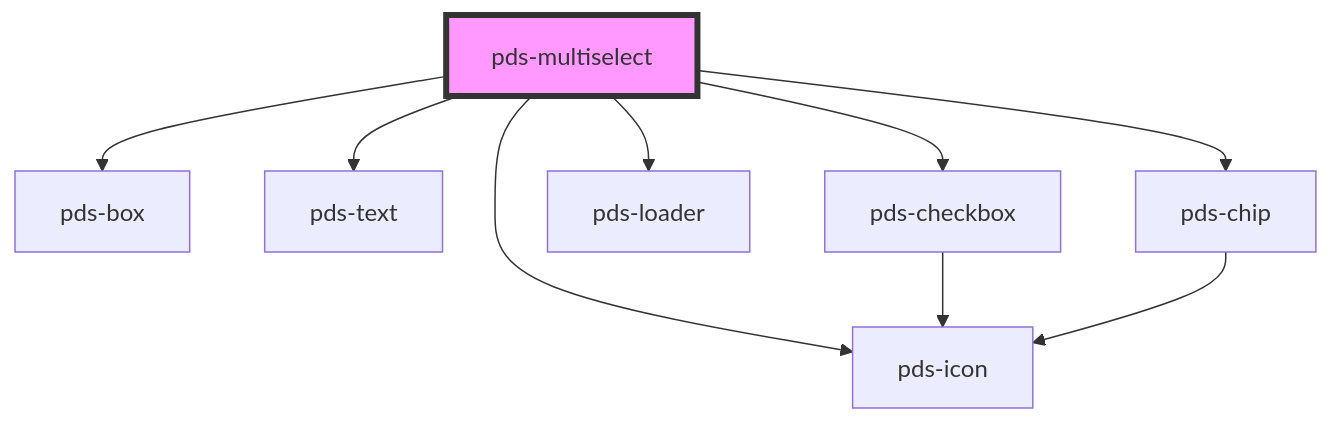
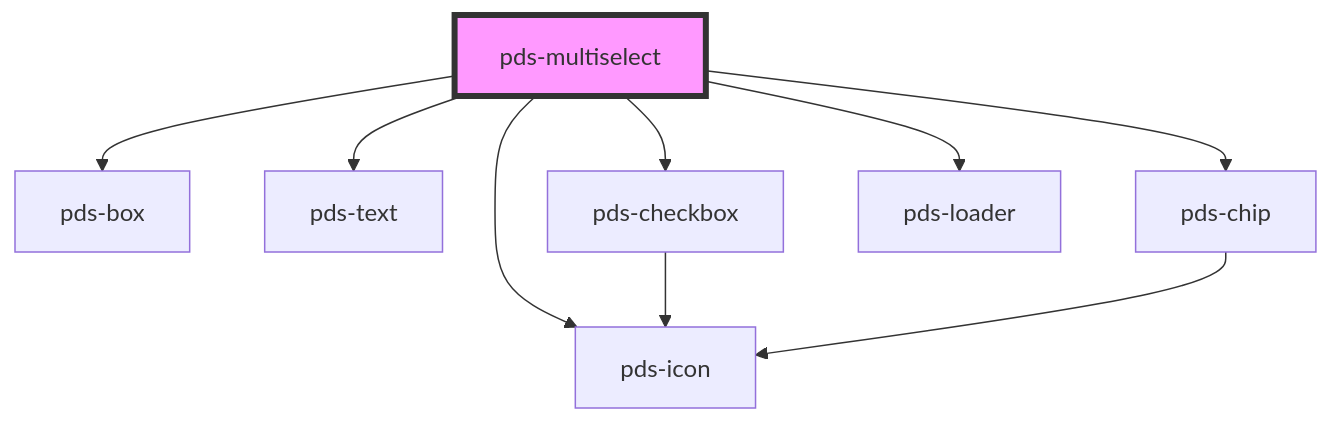
Before and after one commit to Kajabi/pine: the diagram in libs/core/src/components/pds-multiselect/readme.md, drawn with Mermaid. The commit also changed other lines of this file and 5 other files, not shown here.

Commit message:
feat(pds-multiselect): add trigger and footer slots, option display and option actions

````diff
--- a/libs/core/src/components/pds-multiselect/readme.md
+++ b/libs/core/src/components/pds-multiselect/readme.md
@@ -130,12 +148,12 @@
 ```mermaid
 graph TD;
   pds-multiselect --> pds-box
   pds-multiselect --> pds-icon
   pds-multiselect --> pds-text
   pds-multiselect --> pds-checkbox
+  pds-multiselect --> pds-chip
   pds-multiselect --> pds-loader
-  pds-multiselect --> pds-chip
   pds-checkbox --> pds-icon
   pds-chip --> pds-icon
   style pds-multiselect fill:#f9f,stroke:#333,stroke-width:4px
 ```
````
